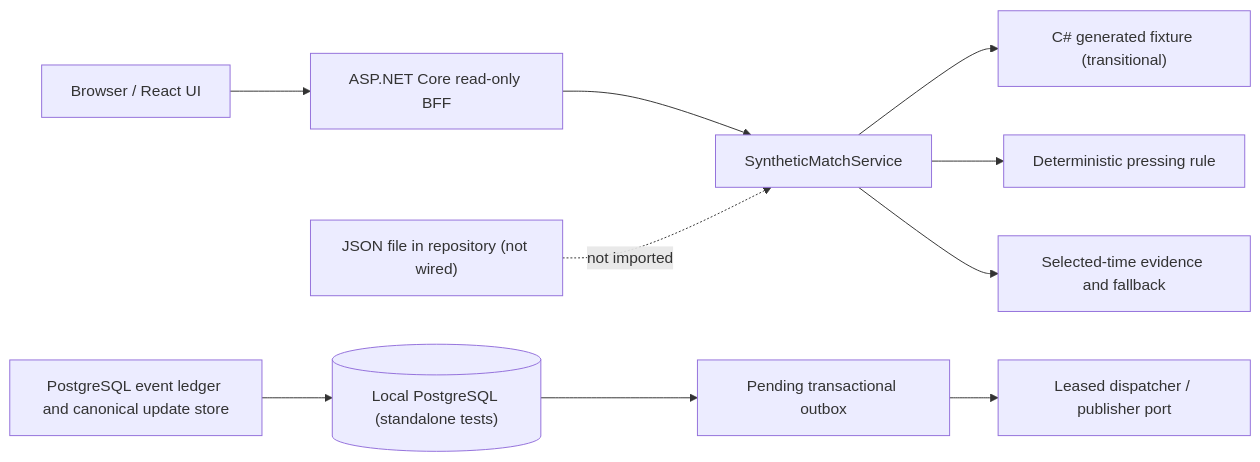
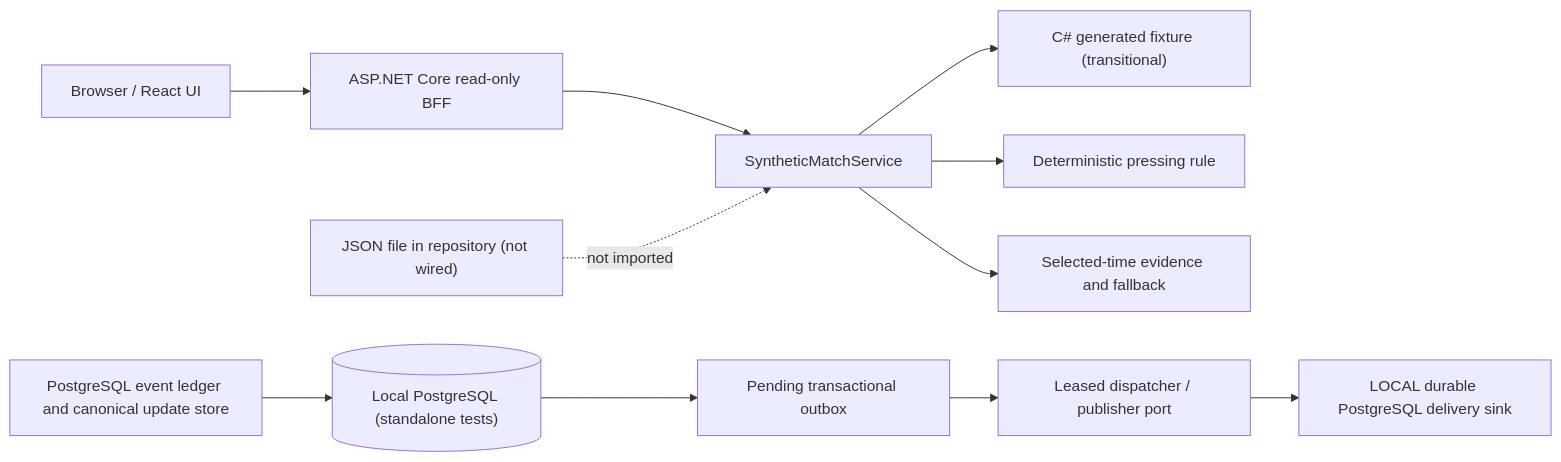
One commit to prateekgangopadhyay/PitchMind changed the first of 2 diagrams in docs/architecture/02-container.md. Above: the diagram before and after it, drawn with Mermaid. The commit also changed other lines of this file and 17 other files, not shown here.

Commit message:
Wire LOCAL PostgreSQL outbox dispatch

````diff
--- a/docs/architecture/02-container.md
+++ b/docs/architecture/02-container.md
@@ -7,11 +7,11 @@
 ```mermaid
 flowchart LR
   U["Browser / React UI"] --> A["ASP.NET Core read-only BFF"]
   A --> S["SyntheticMatchService"]
   S --> G["C# generated fixture (transitional)"]
   S --> T["Deterministic pressing rule"]
   S --> E["Selected-time evidence and fallback"]
   L["PostgreSQL event ledger and canonical update store"] --> P[("Local PostgreSQL (standalone tests)")]
-  P --> O["Pending transactional outbox"] --> D["Leased dispatcher / publisher port"]
+  P --> O["Pending transactional outbox"] --> D["Leased dispatcher / publisher port"] --> LP["LOCAL durable PostgreSQL delivery sink"]
   J["JSON file in repository (not wired)"] -. "not imported" .-> S
 ```
````
